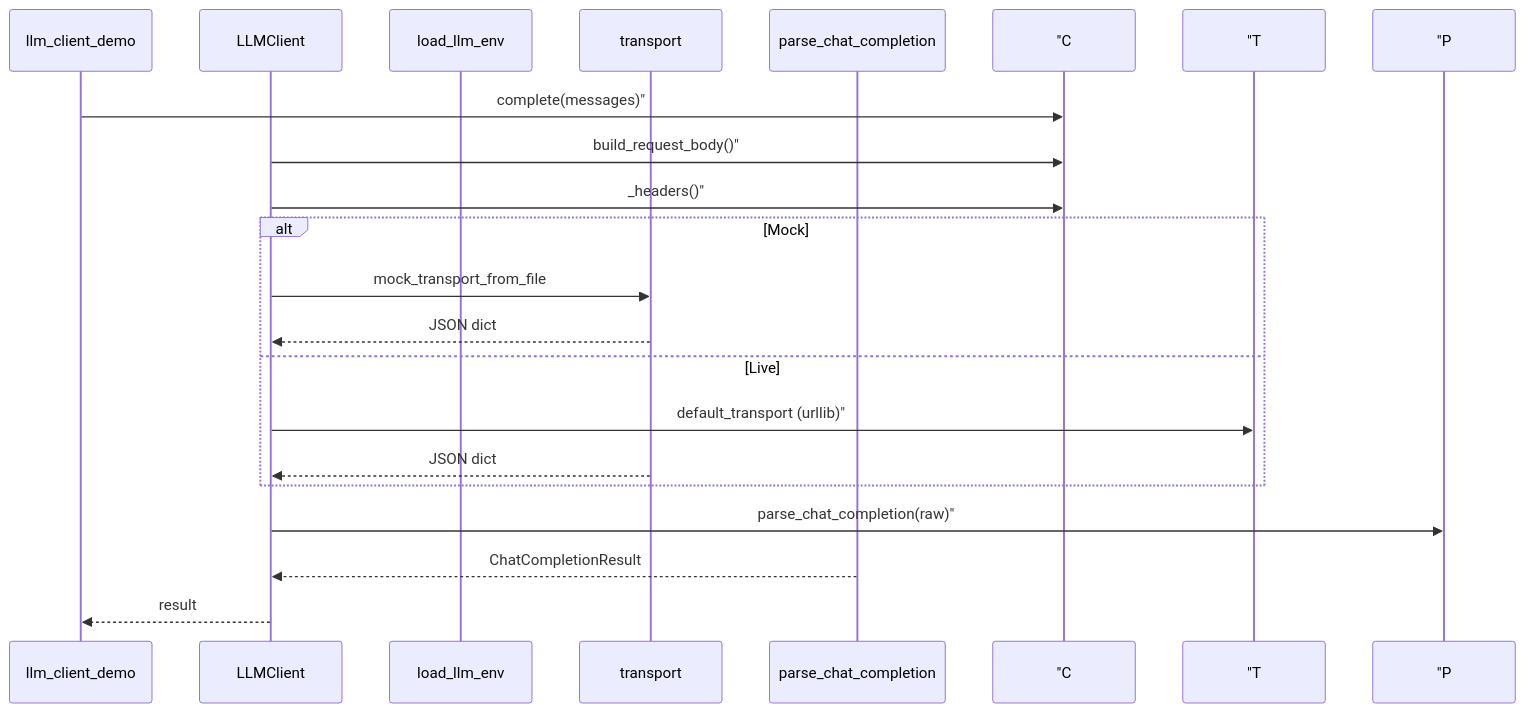
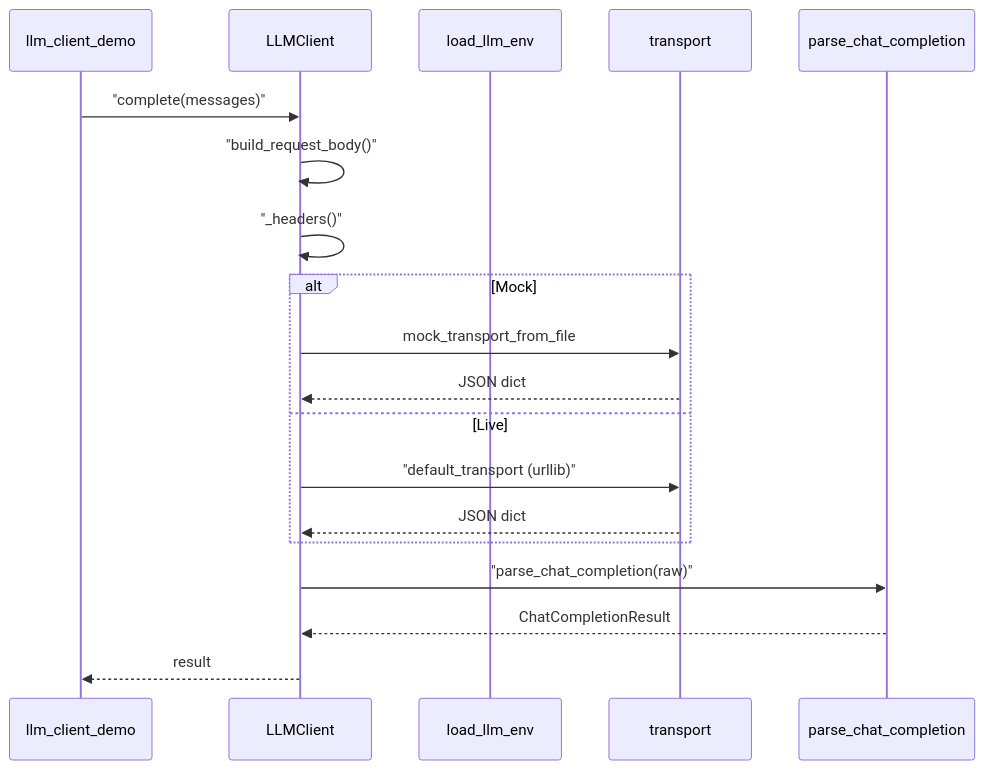
Before and after one commit to ab6539763/70_days_course_plus: the second of 2 diagrams in course/day12/03_架构设计.md, drawn with Mermaid. The commit also changed 80 other files, not shown here.

First line of the commit message:
fix(course): 修复 Mermaid 图表渲染报错 + 同步嵌入代码快照

````diff
--- a/course/day12/03_架构设计.md
+++ b/course/day12/03_架构设计.md
@@ -44,22 +44,22 @@
 ```mermaid
 sequenceDiagram
     participant App as llm_client_demo
     participant C as LLMClient
     participant E as load_llm_env
     participant T as transport
     participant P as parse_chat_completion
 
-    App->> "C: complete(messages)"
-    C->> "C: build_request_body()"
-    C->> "C: _headers()"
+    App->>C: "complete(messages)"
+    C->>C: "build_request_body()"
+    C->>C: "_headers()"
     alt Mock
         C->>T: mock_transport_from_file
         T-->>C: JSON dict
     else Live
-        C->> "T: default_transport (urllib)"
+        C->>T: "default_transport (urllib)"
         T-->>C: JSON dict
     end
-    C->> "P: parse_chat_completion(raw)"
+    C->>P: "parse_chat_completion(raw)"
     P-->>C: ChatCompletionResult
     C-->>App: result
 ```
````
